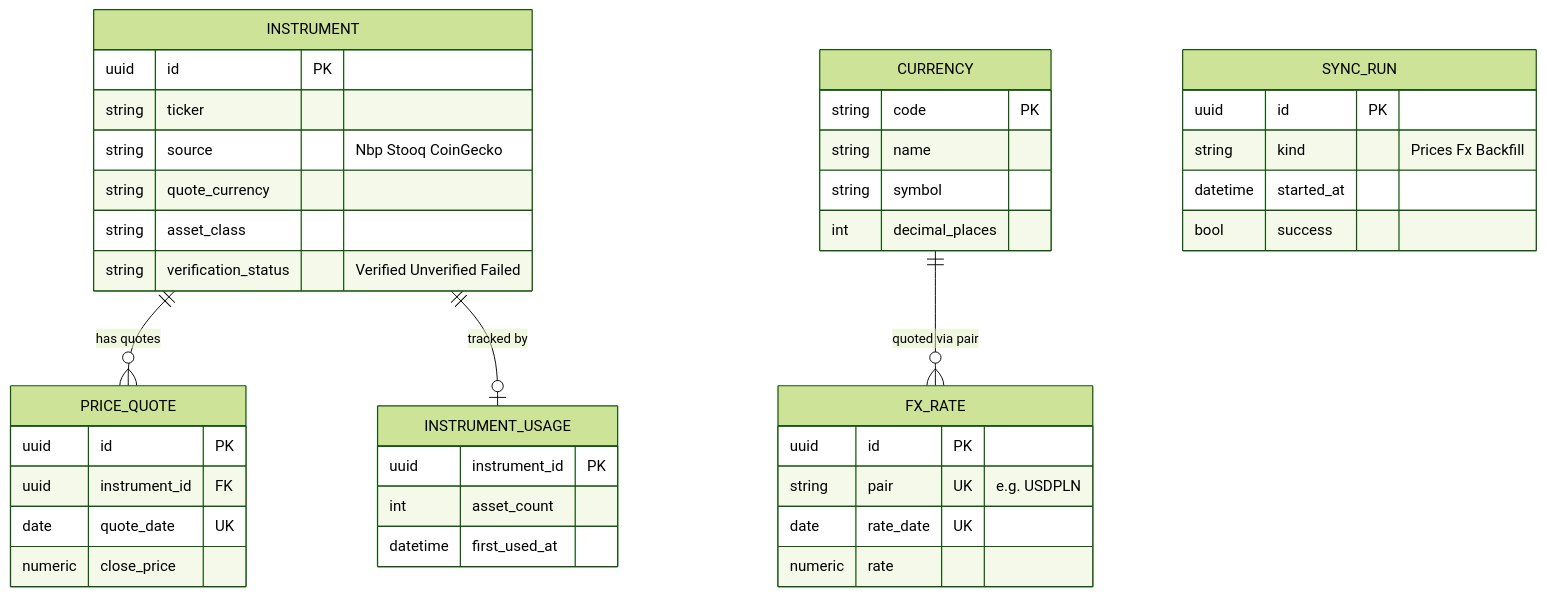
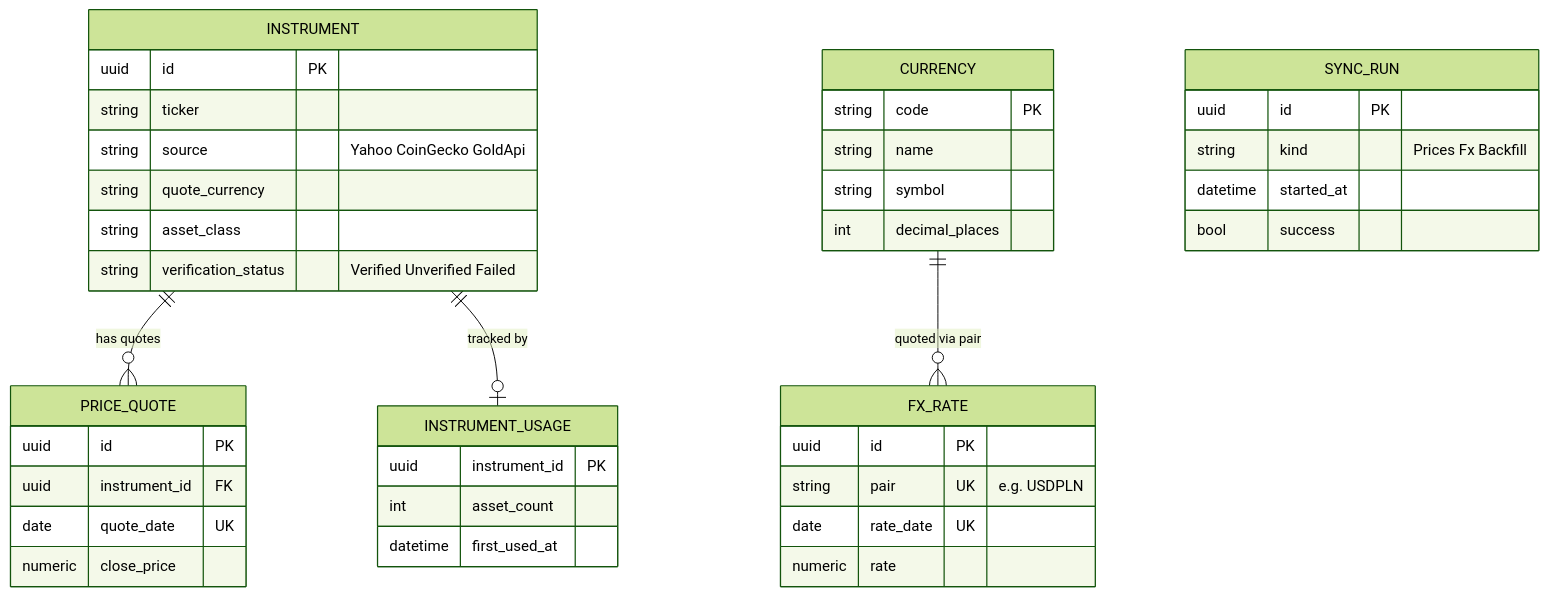
Before and after one commit to Maliniak93/FinMel: the second of 3 diagrams in skarbiec-plan/domain.md, drawn with Mermaid (forest theme). The commit also changed 50 other files, not shown here.

First line of the commit message:
Stocks & ETF: Yahoo price source (#215)

````diff
--- a/skarbiec-plan/domain.md
+++ b/skarbiec-plan/domain.md
@@ -147,43 +147,43 @@
 ```mermaid
 erDiagram
     INSTRUMENT ||--o{ PRICE_QUOTE : "has quotes"
     INSTRUMENT ||--o| INSTRUMENT_USAGE : "tracked by"
     CURRENCY ||--o{ FX_RATE : "quoted via pair"
     CURRENCY {
         string code PK
         string name
         string symbol
         int decimal_places
     }
     INSTRUMENT {
         uuid id PK
         string ticker
-        string source "Nbp Stooq CoinGecko"
+        string source "Yahoo CoinGecko GoldApi"
         string quote_currency
         string asset_class
         string verification_status "Verified Unverified Failed"
     }
     PRICE_QUOTE {
         uuid id PK
         uuid instrument_id FK
         date quote_date UK
         numeric close_price
     }
     FX_RATE {
         uuid id PK
         string pair UK "e.g. USDPLN"
         date rate_date UK
         numeric rate
     }
     INSTRUMENT_USAGE {
         uuid instrument_id PK
         int asset_count
         datetime first_used_at
     }
     SYNC_RUN {
         uuid id PK
         string kind "Prices Fx Backfill"
         datetime started_at
         bool success
     }
 ```
````
